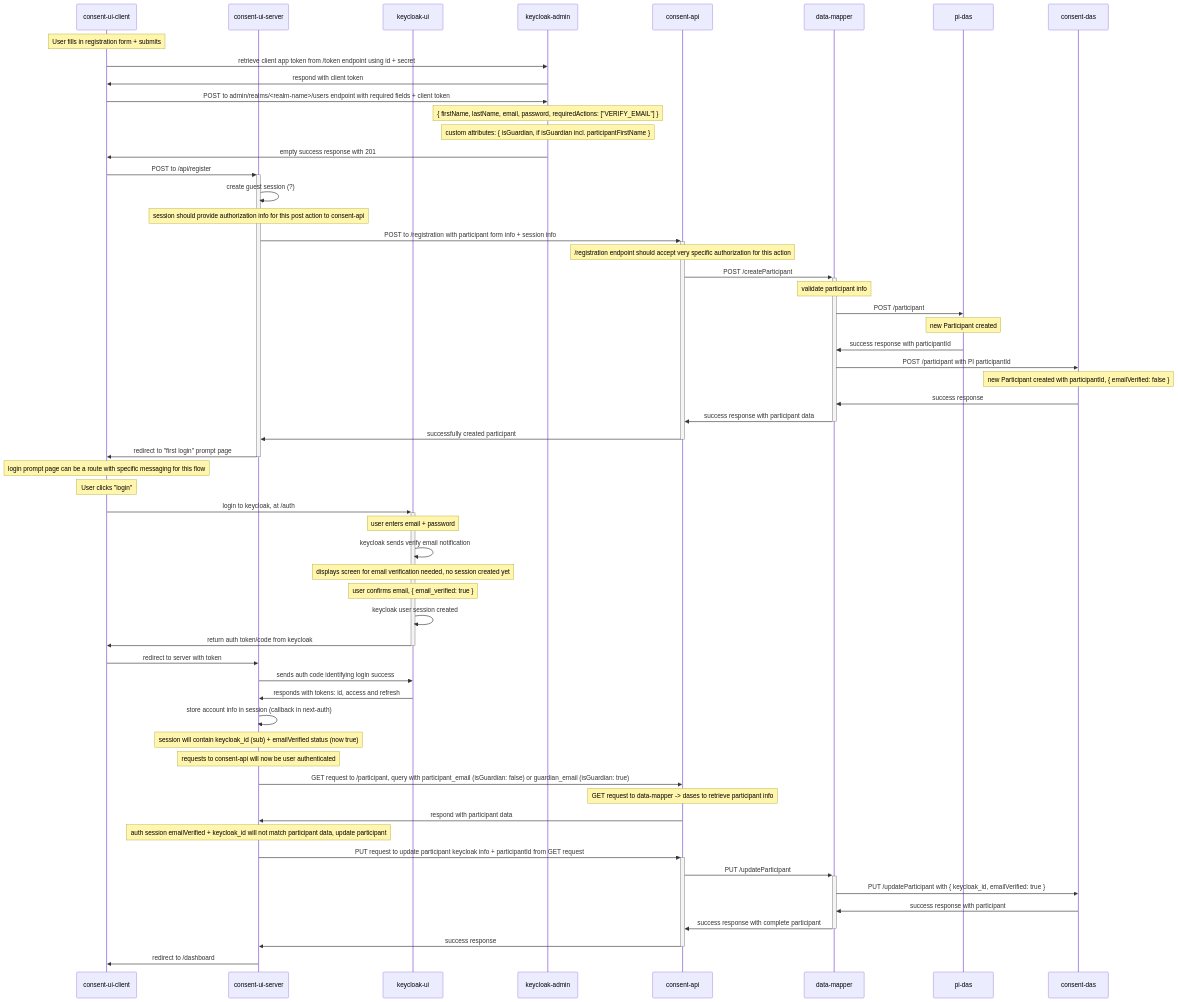
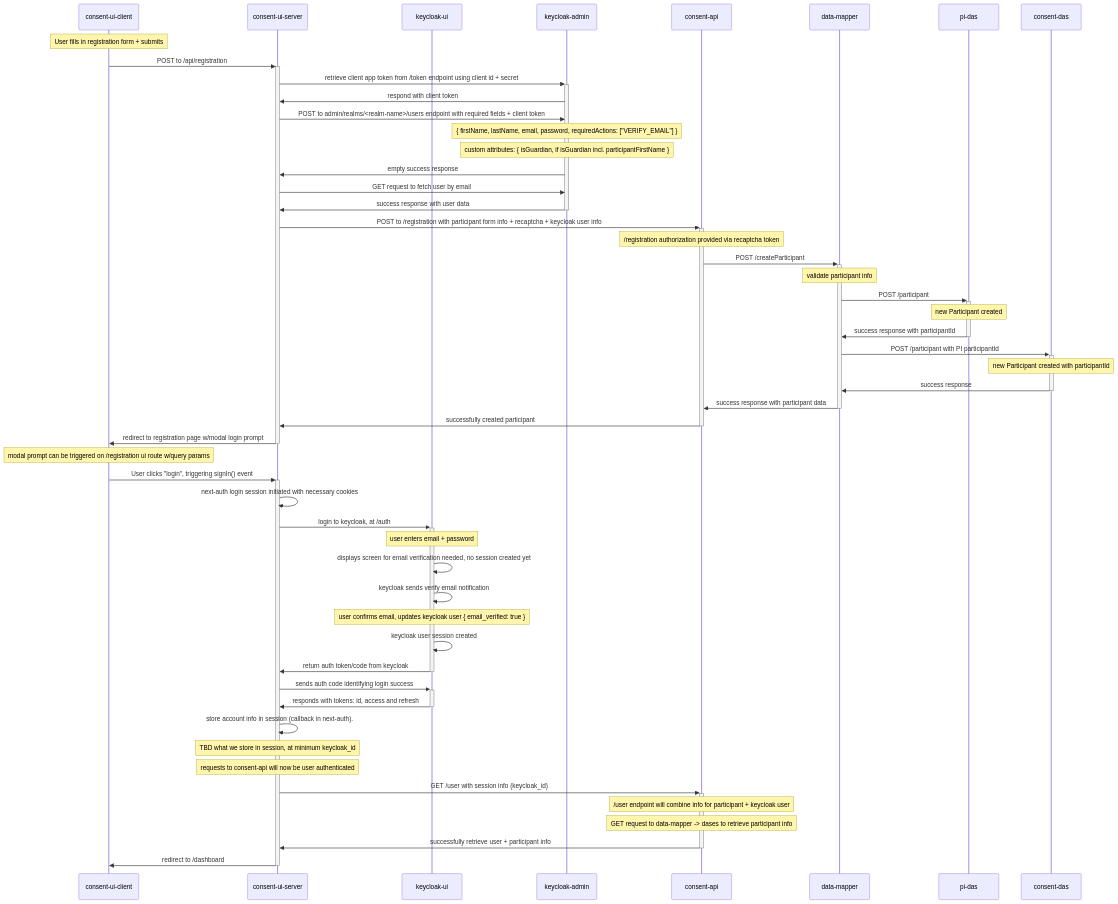
The diagram in docs/registration-flow.md (OHCRN/platform), drawn with Mermaid before and after one commit.

Commit message:
update registration diagram

````diff
--- a/docs/registration-flow.md
+++ b/docs/registration-flow.md
@@ -1,61 +1,55 @@
 ```mermaid
 sequenceDiagram
     participant client as consent-ui-client
     participant server as consent-ui-server
     participant keycloak-ui
     participant keycloak as keycloak-admin
     participant consent-api
     participant data-mapper
     participant pi-das
     participant consent-das
 
     Note over client: User fills in registration form + submits
-    client->>keycloak: retrieve client app token from /token endpoint using id + secret
-    keycloak->>client: respond with client token
-    client->>keycloak: POST to admin/realms/<realm-name>/users endpoint with required fields + client token
+    client->>+server: POST to /api/registration
+    server->>+keycloak: retrieve client app token from /token endpoint using client id + secret
+    keycloak->>server: respond with client token
+    server->>keycloak: POST to admin/realms/<realm-name>/users endpoint with required fields + client token
     Note over keycloak: { firstName, lastName, email, password, requiredActions: ["VERIFY_EMAIL"] }
     Note over keycloak: custom attributes: { isGuardian, if isGuardian incl. participantFirstName }
-    keycloak->>client: empty success response with 201
-    client->>+server: POST to /api/register
-    server->>server: create guest session (?)
-    Note over server: session should provide authorization info for this post action to consent-api
-    server->>+consent-api: POST to /registration with participant form info + session info
-    Note over consent-api: /registration endpoint should accept very specific authorization for this action
+    keycloak->>server: empty success response
+    server->>keycloak: GET request to fetch user by email
+    keycloak->>-server: success response with user data
+    server->>+consent-api: POST to /registration with participant form info + recaptcha + keycloak user info
+    Note over consent-api: /registration authorization provided via recaptcha token
     consent-api->>+data-mapper: POST /createParticipant
     Note over data-mapper: validate participant info
-    data-mapper->>pi-das: POST /participant
+    data-mapper->>+pi-das: POST /participant
     Note over pi-das: new Participant created
-    pi-das->>data-mapper: success response with participantId
-    data-mapper->>consent-das: POST /participant with PI participantId
-    Note over consent-das: new Participant created with participantId, { emailVerified: false }
-    consent-das->>data-mapper: success response
+    pi-das->>-data-mapper: success response with participantId
+    data-mapper->>+consent-das: POST /participant with PI participantId
+    Note over consent-das: new Participant created with participantId
+    consent-das->>-data-mapper: success response
     data-mapper->>-consent-api: success response with participant data
     consent-api->>-server: successfully created participant
-    server->>-client: redirect to "first login" prompt page
-    Note over client: login prompt page can be a route with specific messaging for this flow
-    Note over client: User clicks "login"
-    client->>+keycloak-ui: login to keycloak, at /auth
+    server->>-client: redirect to registration page w/modal login prompt
+    Note over client: modal prompt can be triggered on /registration ui route w/query params 
+    client->>+server: User clicks "login", triggering signIn() event
+    server->>server: next-auth login session initiated with necessary cookies
+    server->>+keycloak-ui: login to keycloak, at /auth
     Note over keycloak-ui: user enters email + password
+    keycloak-ui->>keycloak-ui: displays screen for email verification needed, no session created yet
     keycloak-ui->>keycloak-ui: keycloak sends verify email notification
-    Note over keycloak-ui: displays screen for email verification needed, no session created yet
-    Note over keycloak-ui: user confirms email, { email_verified: true }
+    Note over keycloak-ui: user confirms email, updates keycloak user { email_verified: true }
     keycloak-ui->>keycloak-ui: keycloak user session created
-    keycloak-ui->>-client: return auth token/code from keycloak
-    client->>server: redirect to server with token
-    server->>keycloak-ui: sends auth code identifying login success
-    keycloak-ui->>server: responds with tokens: id, access and refresh
-    server->>server: store account info in session (callback in next-auth)
-    Note over server: session will contain keycloak_id (sub) + emailVerified status (now true)
+    keycloak-ui->>-server: return auth token/code from keycloak
+    server->>+keycloak-ui: sends auth code identifying login success
+    keycloak-ui->>-server: responds with tokens: id, access and refresh
+    server->>server: store account info in session (callback in next-auth).
+    Note over server: TBD what we store in session, at minimum keycloak_id
     Note over server: requests to consent-api will now be user authenticated
-    server->>consent-api: GET request to /participant, query with participant_email (isGuardian: false) or guardian_email (isGuardian: true)
+    server->>+consent-api: GET /user with session info (keycloak_id)
+    Note over consent-api: /user endpoint will combine info for participant + keycloak user
     Note over consent-api: GET request to data-mapper -> dases to retrieve participant info
-    consent-api->>server: respond with participant data
-    Note over server: auth session emailVerified + keycloak_id will not match participant data, update participant
-    server->>+consent-api: PUT request to update participant keycloak info + participantId from GET request
-    consent-api->>+data-mapper: PUT /updateParticipant
-    data-mapper->>consent-das: PUT /updateParticipant with { keycloak_id, emailVerified: true }
-    consent-das->>data-mapper: success response with participant
-    data-mapper->>-consent-api: success response with complete participant
-    consent-api->>-server: success response
-    server->>client: redirect to /dashboard
+    consent-api->>-server: successfully retrieve user + participant info
+    server->>-client: redirect to /dashboard
 ```
````
